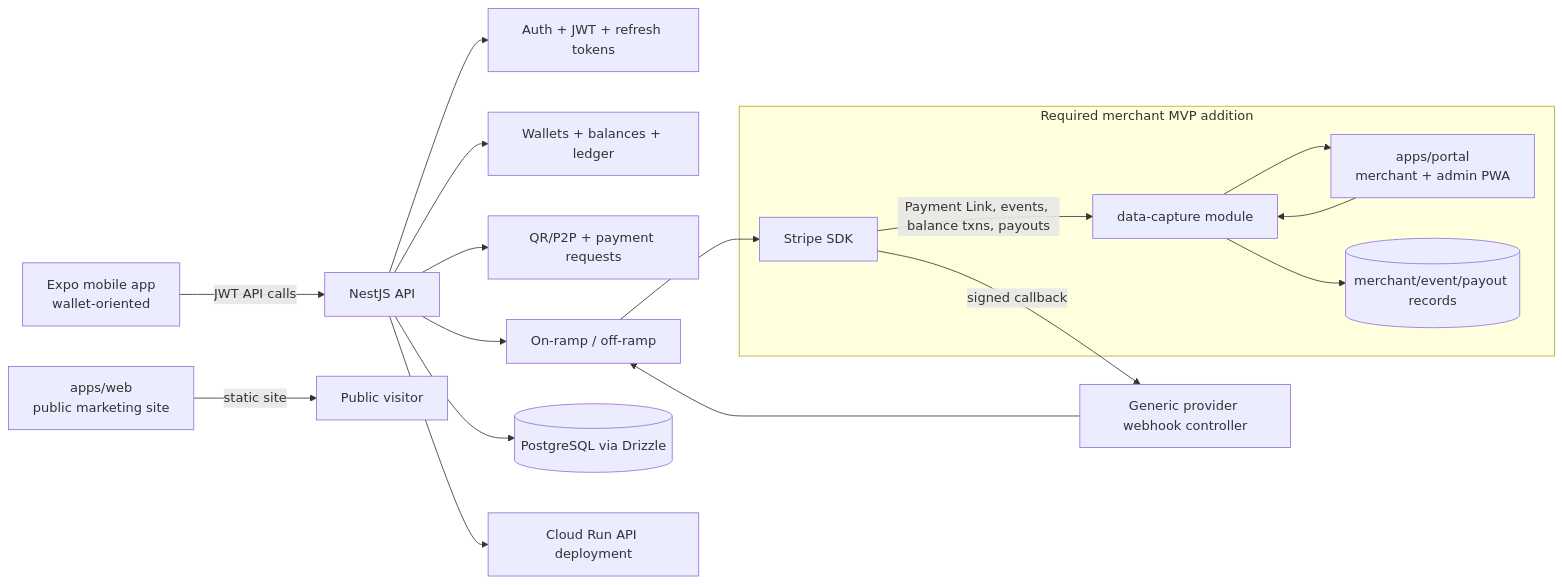
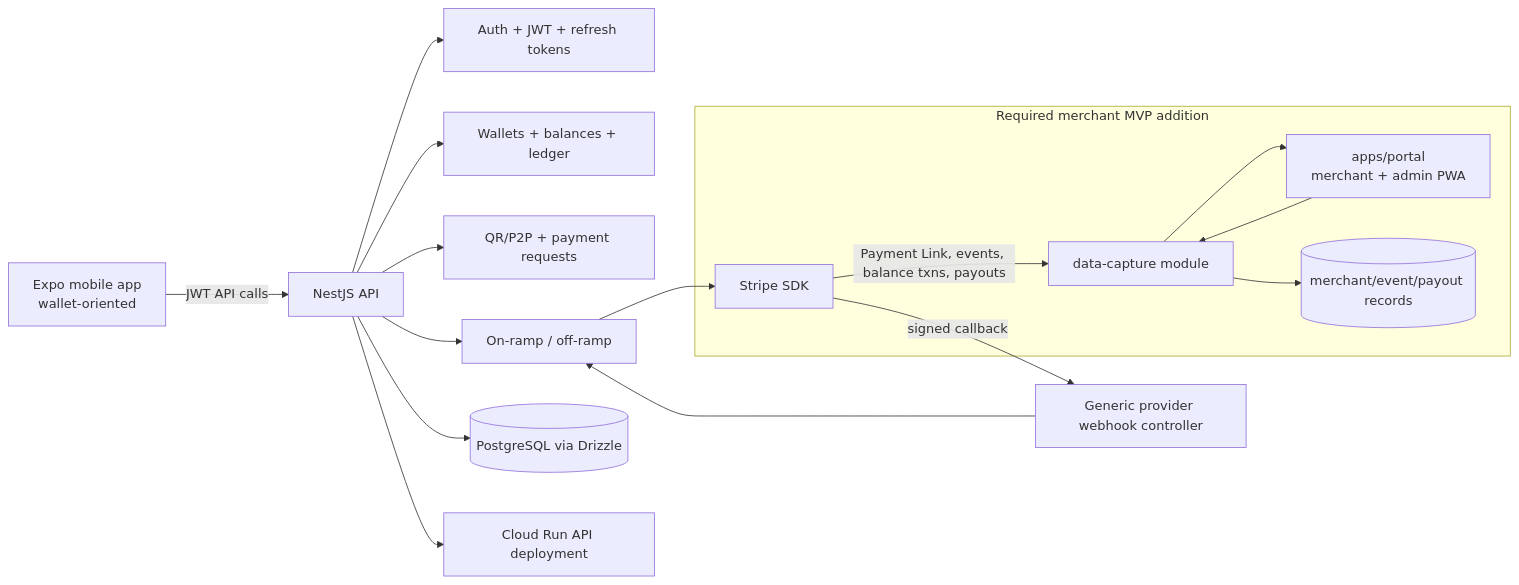
The diagram in docs/month1-demo-audit.md (MCBuse/v1.0), drawn with Mermaid before and after one commit. The commit also changed other lines of this file and 71 other files, not shown here.

````diff
--- a/docs/month1-demo-audit.md
+++ b/docs/month1-demo-audit.md
@@ -42,21 +41,20 @@
 ```mermaid
 flowchart LR
   Mobile[Expo mobile app\nwallet-oriented] -->|JWT API calls| API[NestJS API]
-  Marketing[apps/web\npublic marketing site] -->|static site| Visitor[Public visitor]
   API --> Auth[Auth + JWT + refresh tokens]
   API --> Wallets[Wallets + balances + ledger]
   API --> Payments[QR/P2P + payment requests]
   API --> OnOff[On-ramp / off-ramp]
   OnOff --> Stripe[Stripe SDK]
   Stripe -->|signed callback| ExistingWebhook[Generic provider webhook controller]
   ExistingWebhook --> OnOff
   API --> DB[(PostgreSQL via Drizzle)]
   API --> CloudRun[Cloud Run API deployment]
 
   subgraph Required merchant MVP addition
     Portal[apps/portal\nmerchant + admin PWA] --> CaptureAPI[data-capture module]
     Stripe -->|Payment Link, events, balance txns, payouts| CaptureAPI
     CaptureAPI --> CaptureDB[(merchant/event/payout records)]
     CaptureAPI --> Portal
   end
 ```
````
